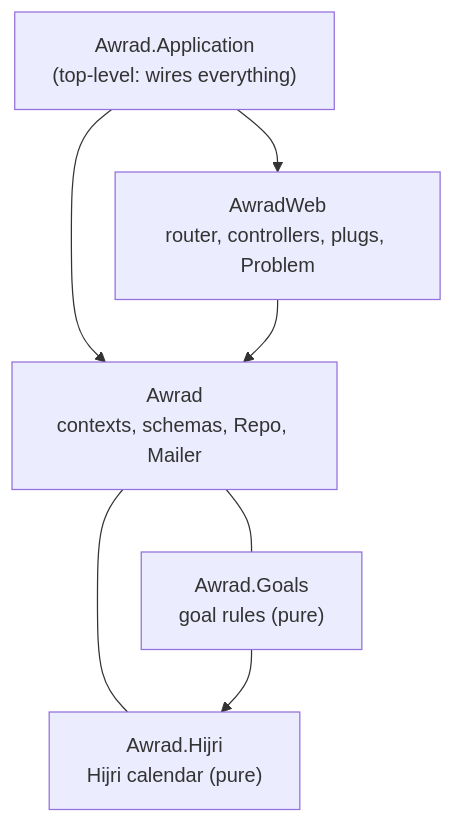
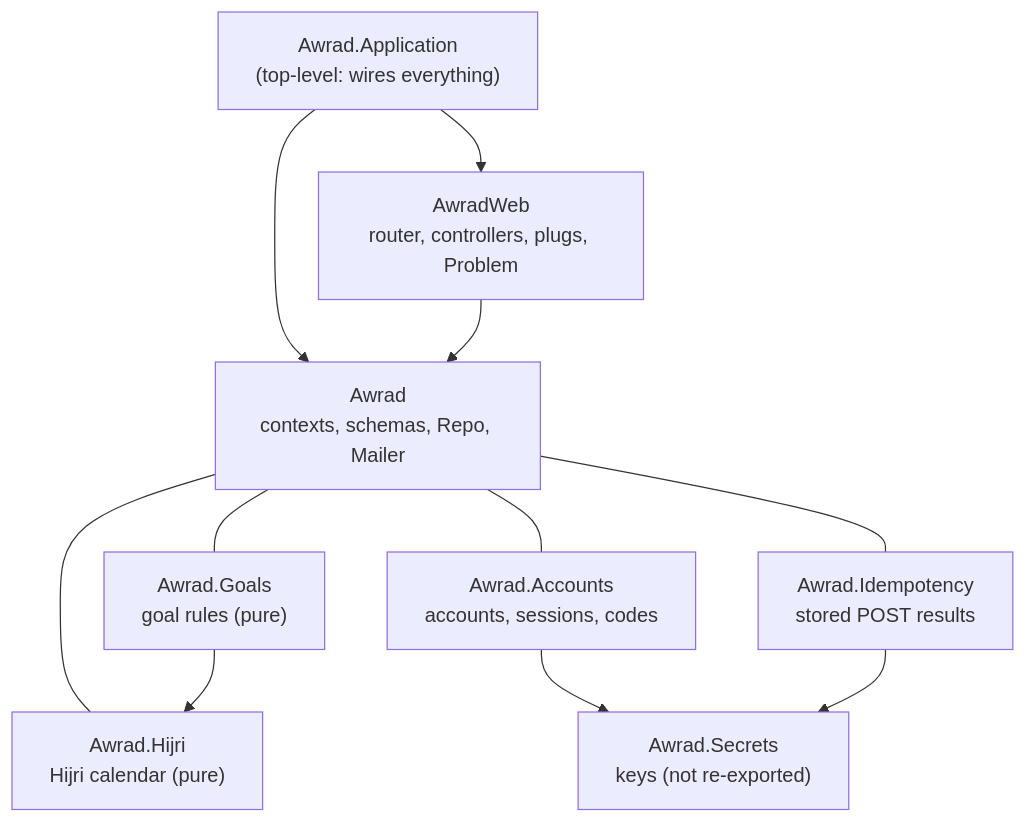
Before and after one commit to shibilyt/awrad: the diagram in awrad-server-next/ARCHITECTURE.md, drawn with Mermaid. The commit also changed other lines of this file and 75 other files, not shown here.

First line of the commit message:
Server slice 2a: accounts, device sessions, browser sessions

````diff
--- a/awrad-server-next/ARCHITECTURE.md
+++ b/awrad-server-next/ARCHITECTURE.md
@@ -10,14 +10,21 @@
 ```mermaid
 flowchart TD
   app["Awrad.Application<br/>(top-level: wires everything)"]
   web["AwradWeb<br/>router, controllers, plugs, Problem"]
   domain["Awrad<br/>contexts, schemas, Repo, Mailer"]
   goals["Awrad.Goals<br/>goal rules (pure)"]
   hijri["Awrad.Hijri<br/>Hijri calendar (pure)"]
+  accounts["Awrad.Accounts<br/>accounts, sessions, codes"]
+  idem["Awrad.Idempotency<br/>stored POST results"]
+  secrets["Awrad.Secrets<br/>keys (not re-exported)"]
   app --> web
   app --> domain
   web --> domain
   domain --- goals
   domain --- hijri
+  domain --- accounts
+  domain --- idem
   goals --> hijri
+  accounts --> secrets
+  idem --> secrets
 ```
````
